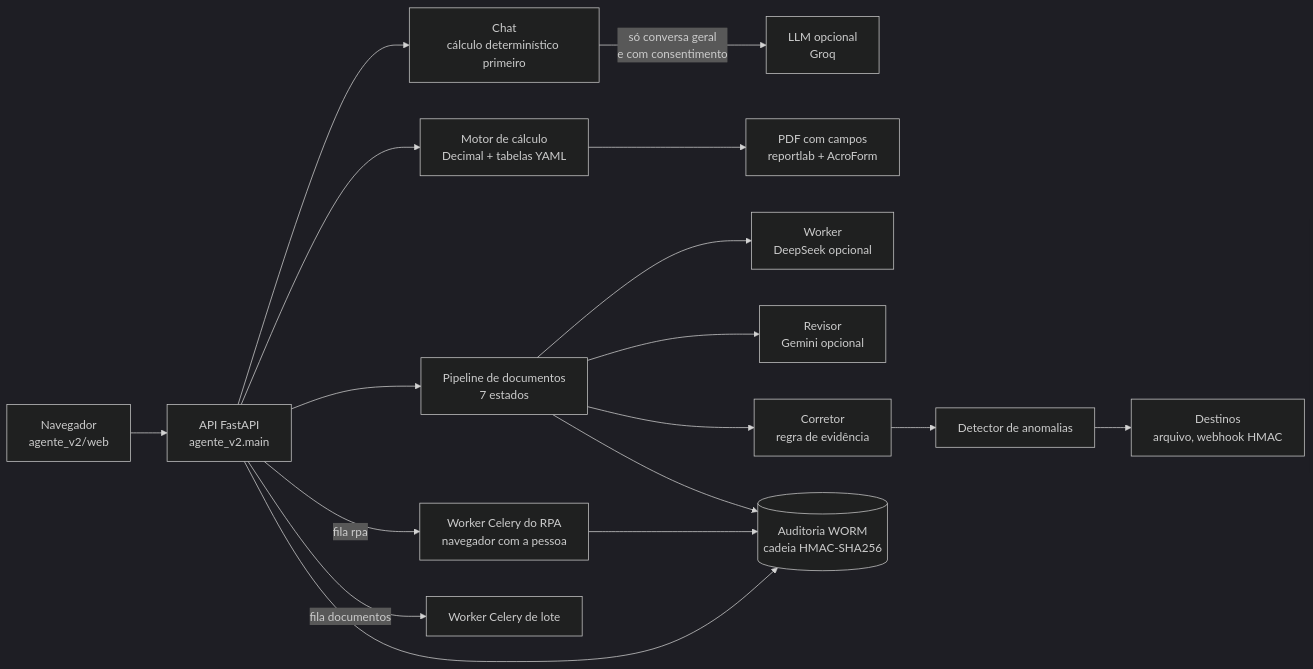
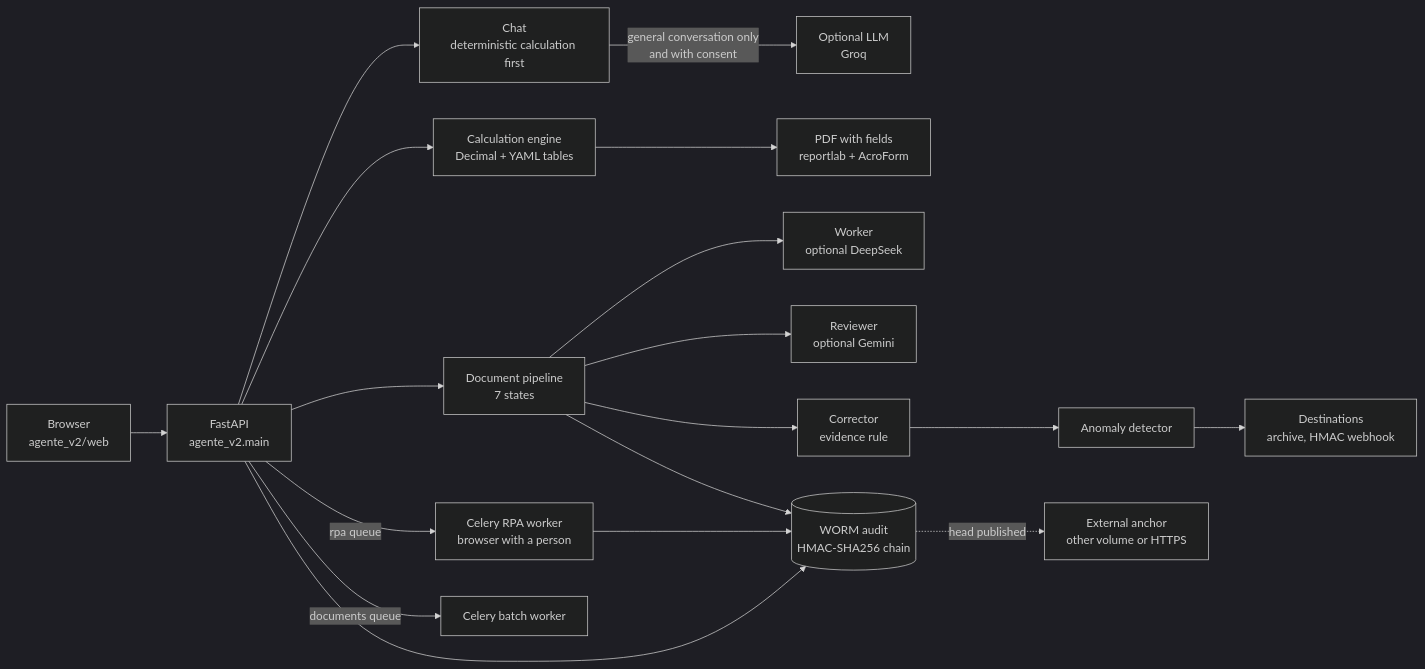
One commit to matheusStark25/sovereign-accounting-agent changed the diagram in README.md. Above: the diagram before and after it, drawn with Mermaid (dark theme). The commit also changed other lines of this file and 2 other files, not shown here.

First line of the commit message:
README em inglês (com a versão em português ao lado) e as novidades de segurança

````diff
--- a/README.md
+++ b/README.md
@@ -70,19 +98,20 @@
 ```mermaid
 graph LR
-    U[Navegador<br/>agente_v2/web] --> A[API FastAPI<br/>agente_v2.main]
-    A --> C[Chat<br/>cálculo determinístico primeiro]
-    C -->|só conversa geral<br/>e com consentimento| L[LLM opcional<br/>Groq]
-    A --> K[Motor de cálculo<br/>Decimal + tabelas YAML]
-    K --> P[PDF com campos<br/>reportlab + AcroForm]
-    A --> D[Pipeline de documentos<br/>7 estados]
-    D --> W[Worker<br/>DeepSeek opcional]
-    D --> R[Revisor<br/>Gemini opcional]
-    D --> O[Corretor<br/>regra de evidência]
-    O --> N[Detector de anomalias]
-    N --> X[Destinos<br/>arquivo, webhook HMAC]
-    A -->|fila rpa| Q[Worker Celery do RPA<br/>navegador com a pessoa]
-    A -->|fila documentos| B[Worker Celery de lote]
-    A --> T[(Auditoria WORM<br/>cadeia HMAC-SHA256)]
+    U[Browser<br/>agente_v2/web] --> A[FastAPI<br/>agente_v2.main]
+    A --> C[Chat<br/>deterministic calculation first]
+    C -->|general conversation only<br/>and with consent| L[Optional LLM<br/>Groq]
+    A --> K[Calculation engine<br/>Decimal + YAML tables]
+    K --> P[PDF with fields<br/>reportlab + AcroForm]
+    A --> D[Document pipeline<br/>7 states]
+    D --> W[Worker<br/>optional DeepSeek]
+    D --> R[Reviewer<br/>optional Gemini]
+    D --> O[Corrector<br/>evidence rule]
+    O --> N[Anomaly detector]
+    N --> X[Destinations<br/>archive, HMAC webhook]
+    A -->|rpa queue| Q[Celery RPA worker<br/>browser with a person]
+    A -->|documents queue| B[Celery batch worker]
+    A --> T[(WORM audit<br/>HMAC-SHA256 chain)]
     D --> T
     Q --> T
+    T -.->|head published| E[External anchor<br/>other volume or HTTPS]
 ```
````
